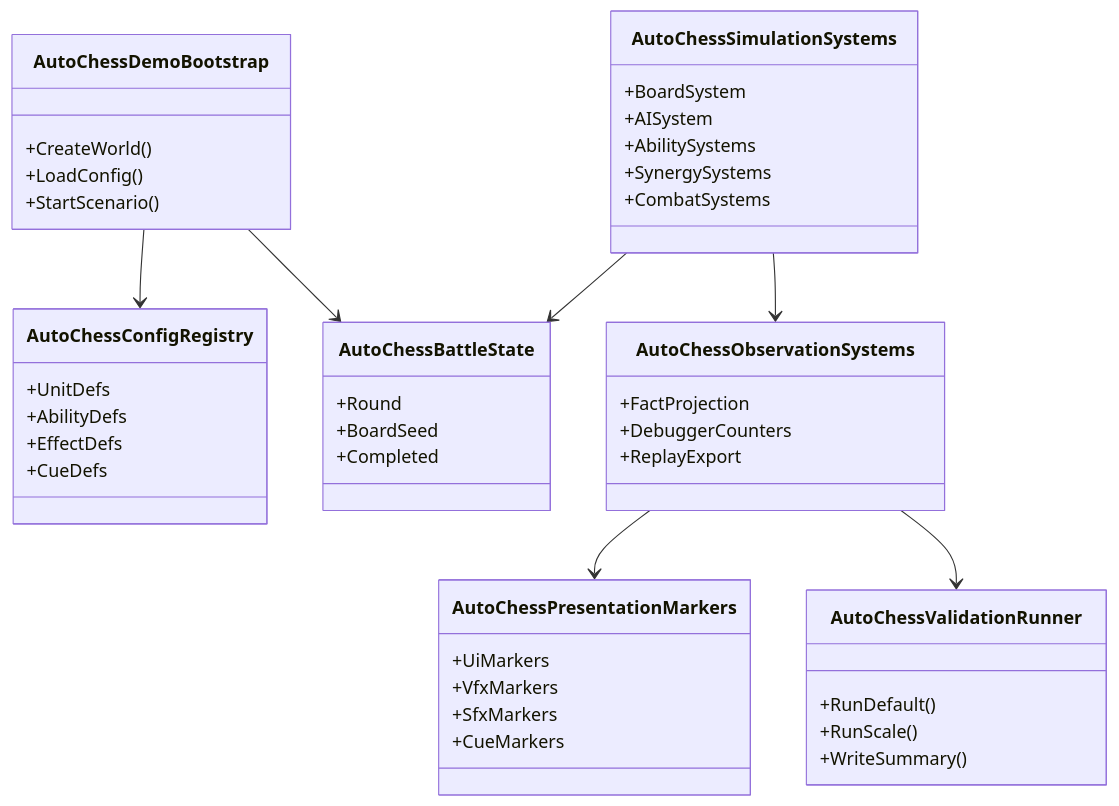
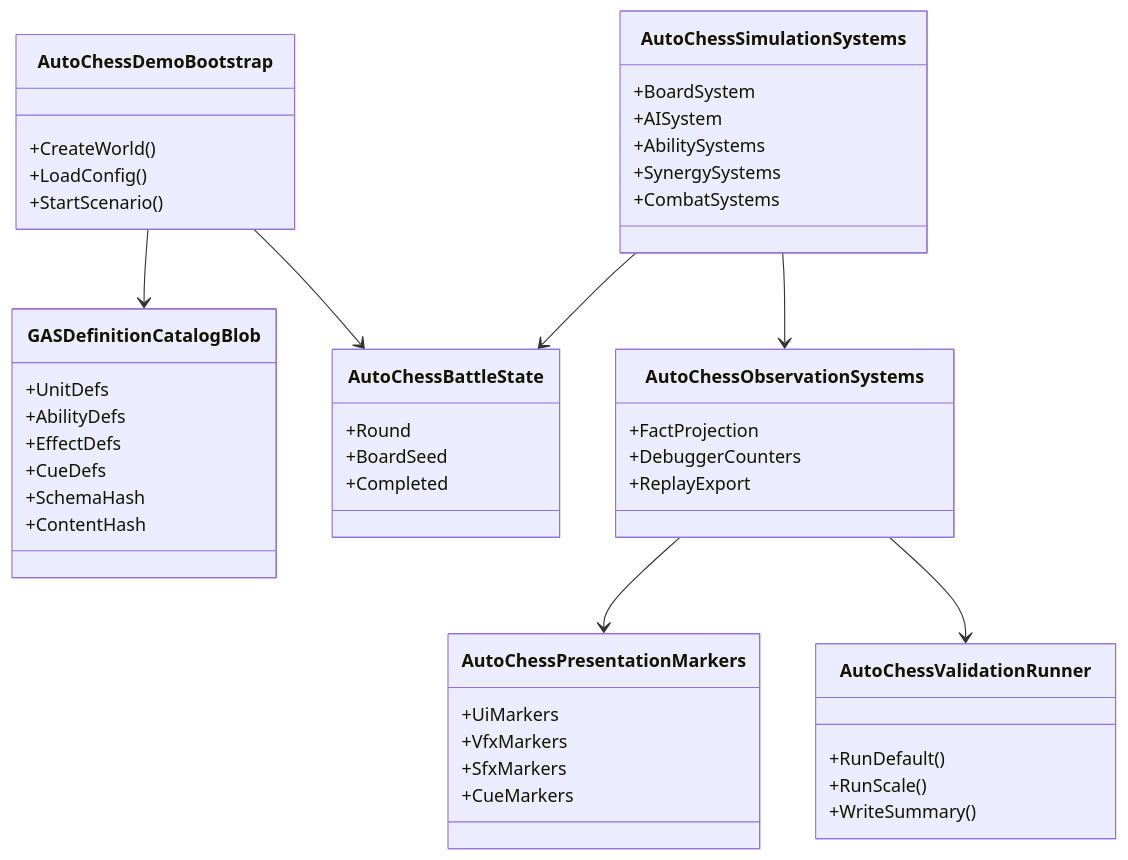
One commit to Bo-ki/gameplay-ability-system-for-unity changed the third of 3 diagrams in 方案讨论/针对2.0的ECS架构的迭代方案讨论/01-目标态架构共识/10-AutoChess无头验收Spec.md. Above: the diagram before and after it, drawn with Mermaid. The commit also changed other lines of this file and 455 other files, not shown here.

````diff
--- a/方案讨论/针对2.0的ECS架构的迭代方案讨论/01-目标态架构共识/10-AutoChess无头验收Spec.md
+++ b/方案讨论/针对2.0的ECS架构的迭代方案讨论/01-目标态架构共识/10-AutoChess无头验收Spec.md
@@ -348,49 +348,51 @@
 ```mermaid
 classDiagram
     class AutoChessDemoBootstrap {
         +CreateWorld()
         +LoadConfig()
         +StartScenario()
     }
-    class AutoChessConfigRegistry {
+    class GASDefinitionCatalogBlob {
         +UnitDefs
         +AbilityDefs
         +EffectDefs
         +CueDefs
+        +SchemaHash
+        +ContentHash
     }
     class AutoChessBattleState {
         +Round
         +BoardSeed
         +Completed
     }
     class AutoChessSimulationSystems {
         +BoardSystem
         +AISystem
         +AbilitySystems
         +SynergySystems
         +CombatSystems
     }
     class AutoChessObservationSystems {
         +FactProjection
         +DebuggerCounters
         +ReplayExport
     }
     class AutoChessPresentationMarkers {
         +UiMarkers
         +VfxMarkers
         +SfxMarkers
         +CueMarkers
     }
     class AutoChessValidationRunner {
         +RunDefault()
         +RunScale()
         +WriteSummary()
     }
 
-    AutoChessDemoBootstrap --> AutoChessConfigRegistry
+    AutoChessDemoBootstrap --> GASDefinitionCatalogBlob
     AutoChessDemoBootstrap --> AutoChessBattleState
     AutoChessSimulationSystems --> AutoChessBattleState
     AutoChessSimulationSystems --> AutoChessObservationSystems
     AutoChessObservationSystems --> AutoChessPresentationMarkers
     AutoChessObservationSystems --> AutoChessValidationRunner
 ```
````
